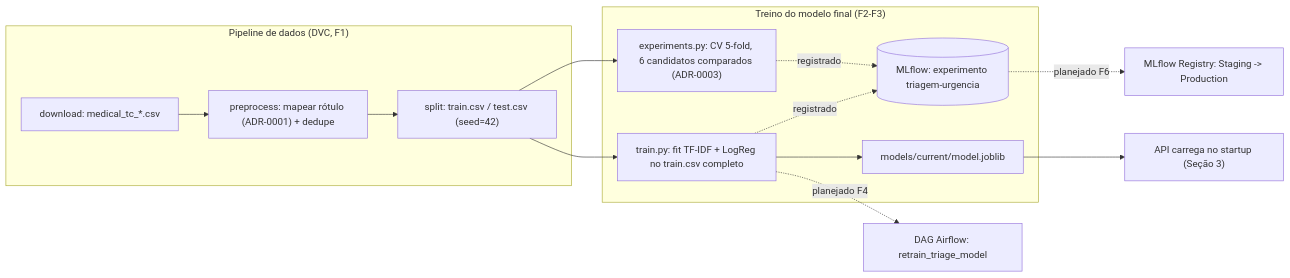
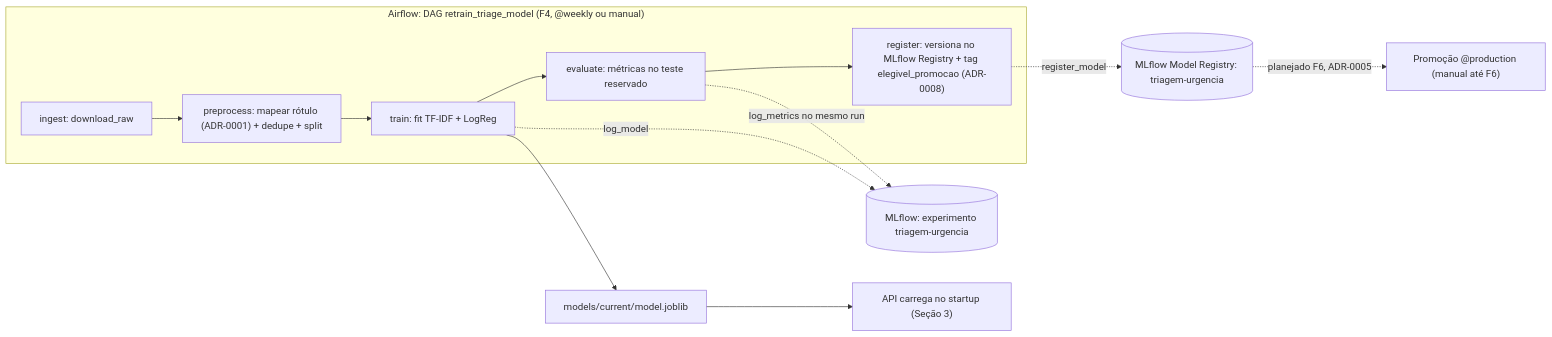
One commit to NycolasGarcia/Medical-Triage-NLP changed the second of 2 diagrams in docs/ARCHITECTURE.md. Above: the diagram before and after it, drawn with Mermaid. The commit also changed other lines of this file and 3 other files, not shown here.

````diff
--- a/docs/ARCHITECTURE.md
+++ b/docs/ARCHITECTURE.md
@@ -56,20 +63,18 @@
 ```mermaid
 flowchart LR
-    subgraph pipeline_dados["Pipeline de dados (DVC, F1)"]
-        RAW["download: medical_tc_*.csv"] --> PREP["preprocess: mapear rótulo (ADR-0001) + dedupe"]
-        PREP --> SPLIT["split: train.csv / test.csv (seed=42)"]
+    subgraph dag["Airflow: DAG retrain_triage_model (F4, @weekly ou manual)"]
+        ING["ingest: download_raw"] --> PP["preprocess: mapear rótulo (ADR-0001) + dedupe + split"]
+        PP --> TR["train: fit TF-IDF + LogReg"]
+        TR --> EV["evaluate: métricas no teste reservado"]
+        EV --> REG["register: versiona no MLflow Registry + tag elegivel_promocao (ADR-0008)"]
     end
 
-    subgraph treino["Treino do modelo final (F2-F3)"]
-        SPLIT --> EXP["experiments.py: CV 5-fold, 6 candidatos comparados (ADR-0003)"]
-        EXP -.->|"registrado"| MLF[(MLflow: experimento triagem-urgencia)]
-        SPLIT --> TRAIN["train.py: fit TF-IDF + LogReg no train.csv completo"]
-        TRAIN --> ART["models/current/model.joblib"]
-        TRAIN -.->|"registrado"| MLF
-    end
+    TR --> ART["models/current/model.joblib"]
+    TR -.->|"log_model"| MLF[(MLflow: experimento triagem-urgencia)]
+    EV -.->|"log_metrics no mesmo run"| MLF
+    REG -.->|"register_model"| MLR[("MLflow Model Registry: triagem-urgencia")]
 
     ART --> API["API carrega no startup (Seção 3)"]
 
-    TRAIN -.->|planejado F4| DAG["DAG Airflow: retrain_triage_model"]
-    MLF -.->|planejado F6| REG["MLflow Registry: Staging -> Production"]
+    MLR -.->|planejado F6, ADR-0005| PROD["Promoção @production (manual até F6)"]
 ```
````
